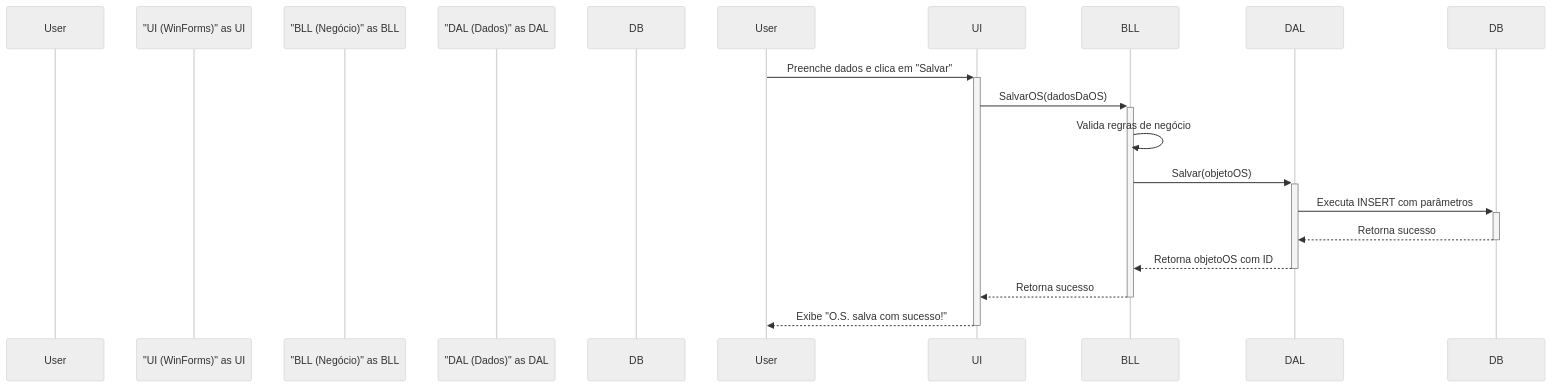
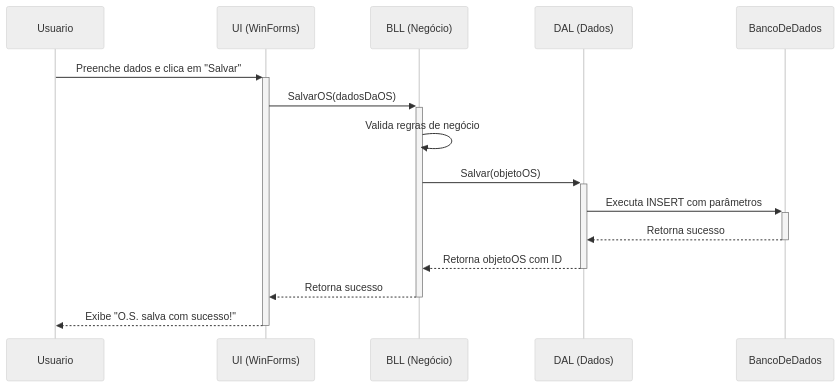
Before and after one commit to Naasso/Sistema-de-Gest-o-Empresarial-Full-Stack: the third of 3 diagrams in README.md, drawn with Mermaid (neutral theme).

````diff
--- a/README.md
+++ b/README.md
@@ -157,20 +157,18 @@
 ```mermaid
 sequenceDiagram
-    %% Definição dos Participantes
-    participant Usuario as User
-    participant "UI (WinForms)" as UI
-    participant "BLL (Negócio)" as BLL
-    participant "DAL (Dados)" as DAL
-    participant BancoDeDados as DB
+    participant Usuario
+    participant UI (WinForms)
+    participant BLL (Negócio)
+    participant DAL (Dados)
+    participant BancoDeDados
 
-    %% Fluxo de Ações
-    User->>+UI: Preenche dados e clica em "Salvar"
-    UI->>+BLL: SalvarOS(dadosDaOS)
-    BLL->>BLL: Valida regras de negócio
-    BLL->>+DAL: Salvar(objetoOS)
-    DAL->>+DB: Executa INSERT com parâmetros
-    DB-->>-DAL: Retorna sucesso
-    DAL-->>-BLL: Retorna objetoOS com ID
-    BLL-->>-UI: Retorna sucesso
-    UI-->>-User: Exibe "O.S. salva com sucesso!"
+    Usuario->>+UI (WinForms): Preenche dados e clica em "Salvar"
+    UI (WinForms)->>+BLL (Negócio): SalvarOS(dadosDaOS)
+    BLL (Negócio)->>BLL (Negócio): Valida regras de negócio
+    BLL (Negócio)->>+DAL (Dados): Salvar(objetoOS)
+    DAL (Dados)->>+BancoDeDados: Executa INSERT com parâmetros
+    BancoDeDados-->>-DAL (Dados): Retorna sucesso
+    DAL (Dados)-->>-BLL (Negócio): Retorna objetoOS com ID
+    BLL (Negócio)-->>-UI (WinForms): Retorna sucesso
+    UI (WinForms)-->>-Usuario: Exibe "O.S. salva com sucesso!"
 ```
````
